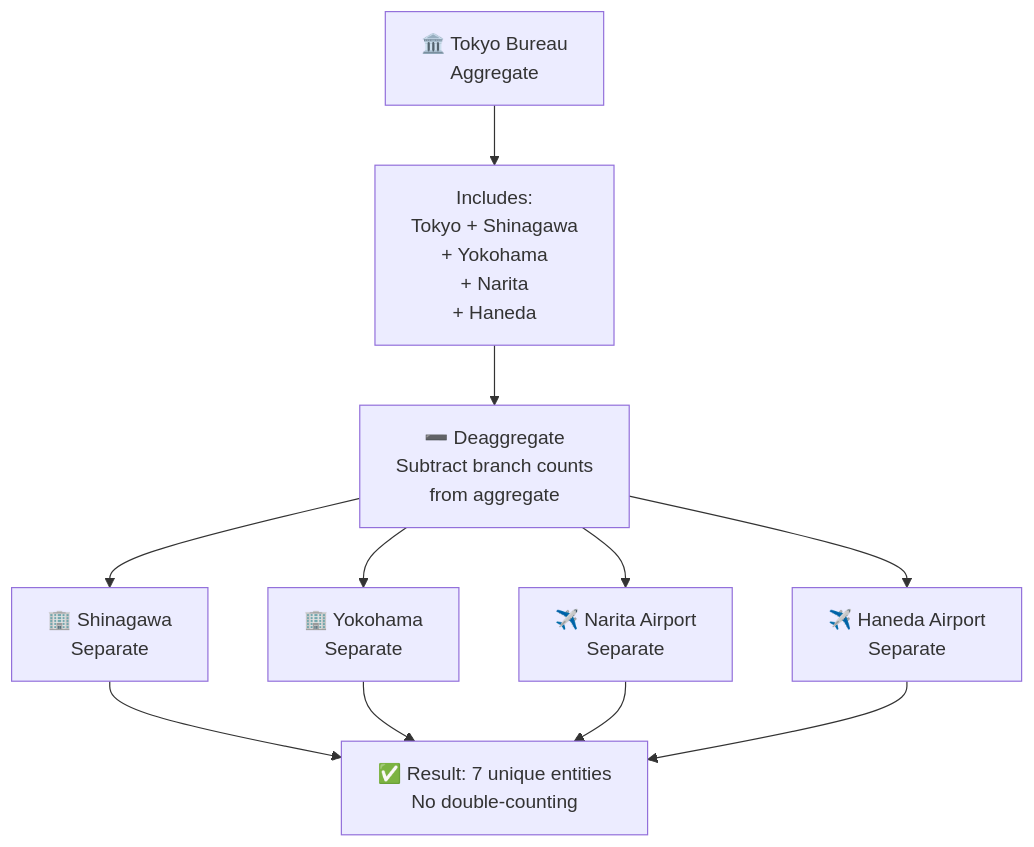
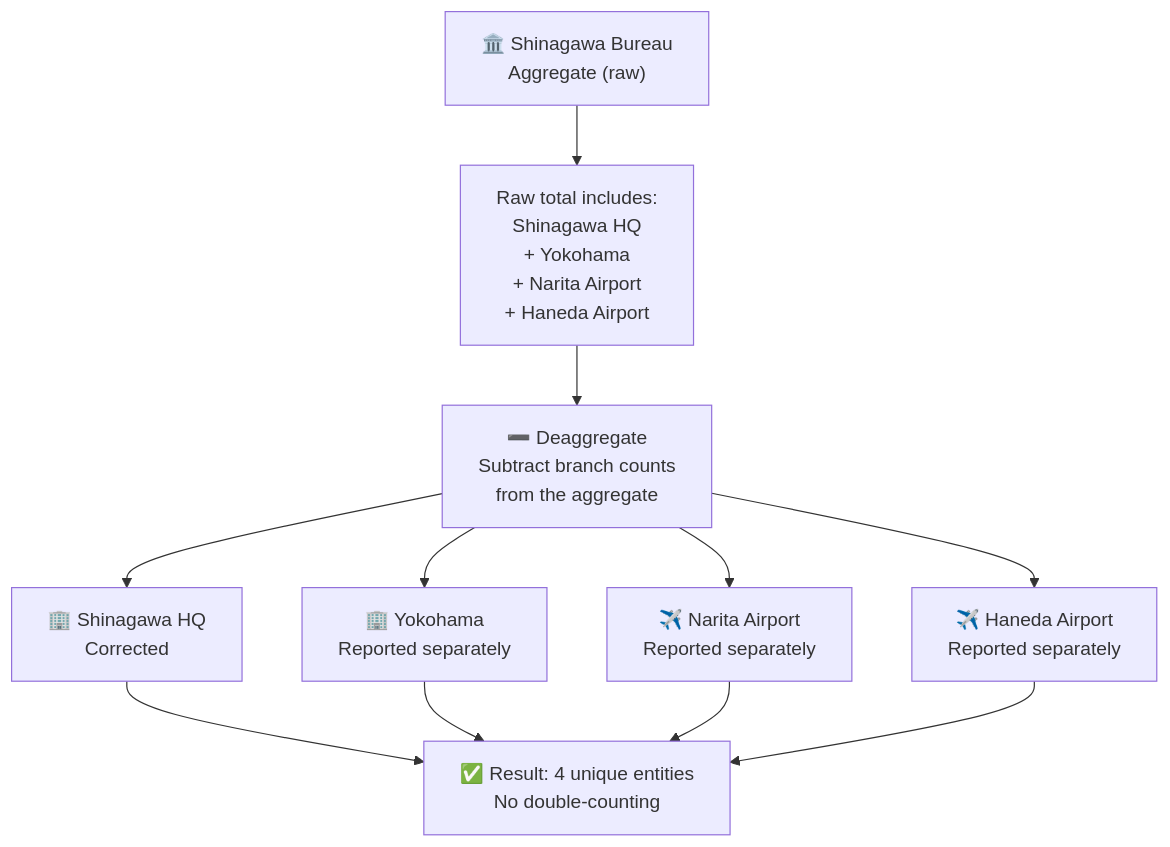
The ninth of 16 diagrams in ARCHITECTURE.md (RetroHazard/JP_Immigration_Dashboard), drawn with Mermaid before and after one commit. The commit also changed other lines of this file and 239 other files, not shown here.

````diff
--- a/ARCHITECTURE.md
+++ b/ARCHITECTURE.md
@@ -345,25 +380,24 @@
 ```mermaid
 graph TD
-    TOKYO["🏛️ Tokyo Bureau<br/>Aggregate"]
-    TOKYO_RAW["Includes:<br/>Tokyo + Shinagawa<br/>+ Yokohama<br/>+ Narita<br/>+ Haneda"]
-    
-    SHINAGAWA["🏢 Shinagawa<br/>Separate"]
-    YOKOHAMA["🏢 Yokohama<br/>Separate"]
-    NARITA["✈️ Narita Airport<br/>Separate"]
-    HANEDA["✈️ Haneda Airport<br/>Separate"]
-    
-    DEAGG["➖ Deaggregate<br/>Subtract branch counts<br/>from aggregate"]
-    
-    TOKYO --> TOKYO_RAW
-    TOKYO_RAW --> DEAGG
-    DEAGG --> SHINAGAWA
+    SHINAGAWA_AGG["🏛️ Shinagawa Bureau<br/>Aggregate (raw)"]
+    SHINAGAWA_RAW["Raw total includes:<br/>Shinagawa HQ<br/>+ Yokohama<br/>+ Narita Airport<br/>+ Haneda Airport"]
+
+    YOKOHAMA["🏢 Yokohama<br/>Reported separately"]
+    NARITA["✈️ Narita Airport<br/>Reported separately"]
+    HANEDA["✈️ Haneda Airport<br/>Reported separately"]
+
+    DEAGG["➖ Deaggregate<br/>Subtract branch counts<br/>from the aggregate"]
+
+    SHINAGAWA_AGG --> SHINAGAWA_RAW
+    SHINAGAWA_RAW --> DEAGG
+    DEAGG --> SHINAGAWA_HQ["🏢 Shinagawa HQ<br/>Corrected"]
     DEAGG --> YOKOHAMA
     DEAGG --> NARITA
     DEAGG --> HANEDA
-    
-    RESULT["✅ Result: 7 unique entities<br/>No double-counting"]
-    SHINAGAWA --> RESULT
+
+    RESULT["✅ Result: 4 unique entities<br/>No double-counting"]
+    SHINAGAWA_HQ --> RESULT
     YOKOHAMA --> RESULT
     NARITA --> RESULT
     HANEDA --> RESULT
 ```
````
